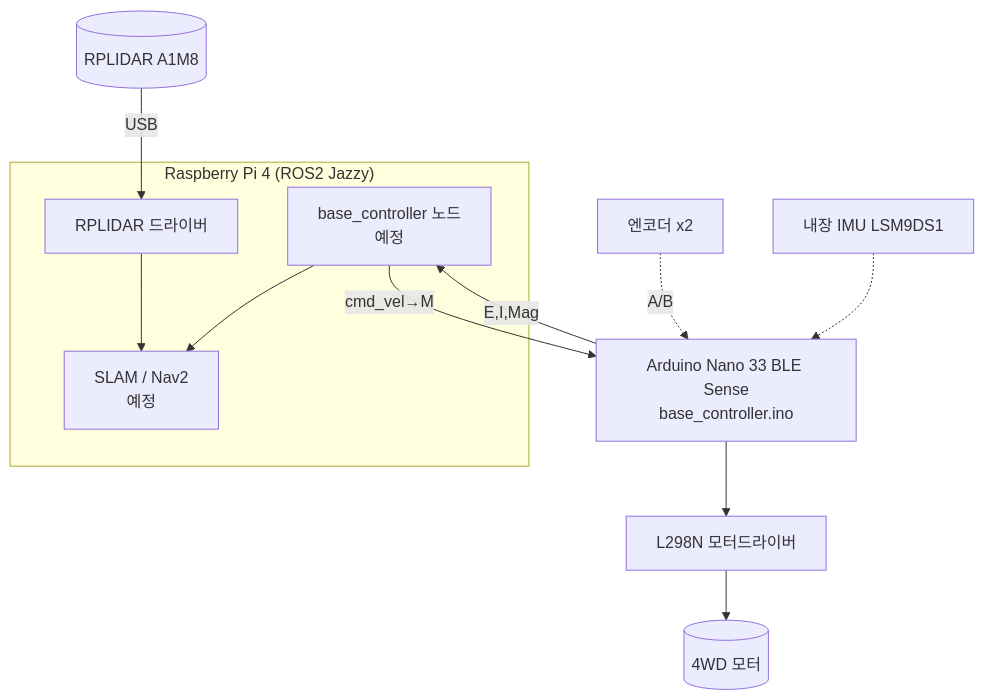
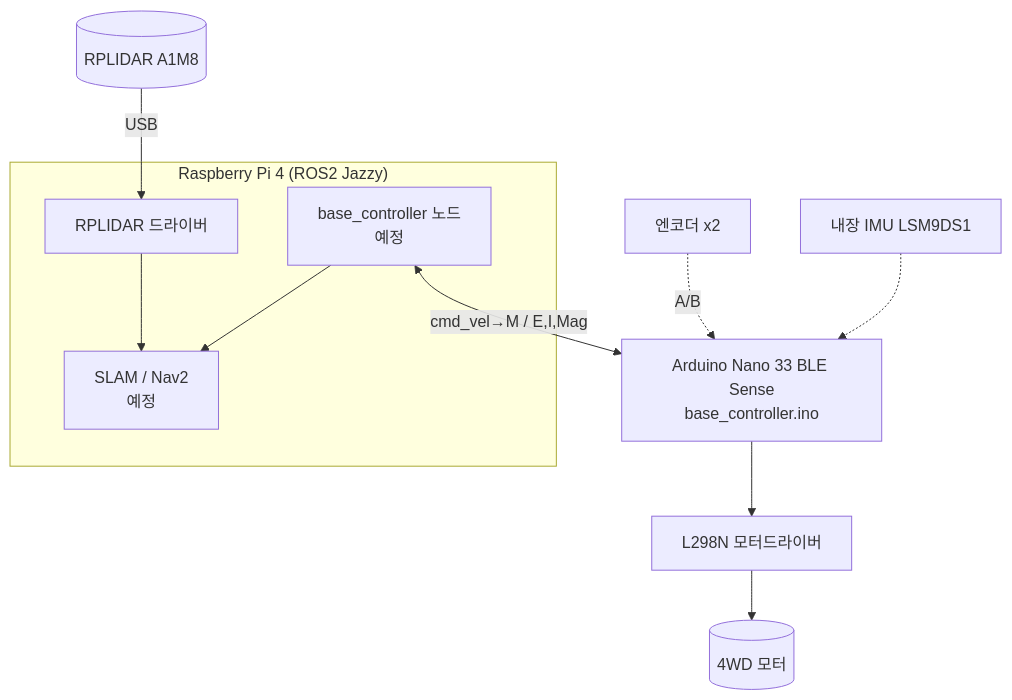
One commit to kimar1022-code/autonomous-exploration-robot changed the diagram in README.md. Above: the diagram before and after it, drawn with Mermaid.

Commit message:
문서: 구조도가 GitHub에서 깨지던 문제 수정 (반대 방향 화살표를 양방향 하나로)

````diff
--- a/README.md
+++ b/README.md
@@ -52,24 +52,23 @@
 ```mermaid
 flowchart TD
     subgraph Pi["Raspberry Pi 4 (ROS2 Jazzy)"]
         BC[base_controller 노드<br/>예정]
         SLAM[SLAM / Nav2<br/>예정]
         LIDAR_DRV[RPLIDAR 드라이버]
     end
 
     Ardu[Arduino Nano 33 BLE Sense<br/>base_controller.ino]
     L298N[L298N 모터드라이버]
     Motor[(4WD 모터)]
     Enc[엔코더 x2]
     IMU[내장 IMU LSM9DS1]
     Lidar[(RPLIDAR A1M8)]
 
-    BC -->|cmd_vel→M| Ardu
-    Ardu -->|E,I,Mag| BC
+    BC <-->|"cmd_vel→M / E,I,Mag"| Ardu
     Ardu --> L298N --> Motor
     Enc -.->|A/B| Ardu
     IMU -.-> Ardu
     Lidar -->|USB| LIDAR_DRV
     LIDAR_DRV --> SLAM
     BC --> SLAM
 ```
````
